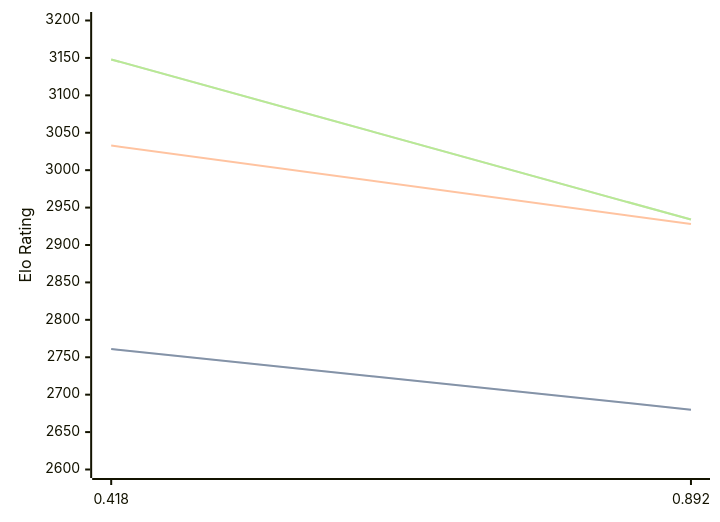
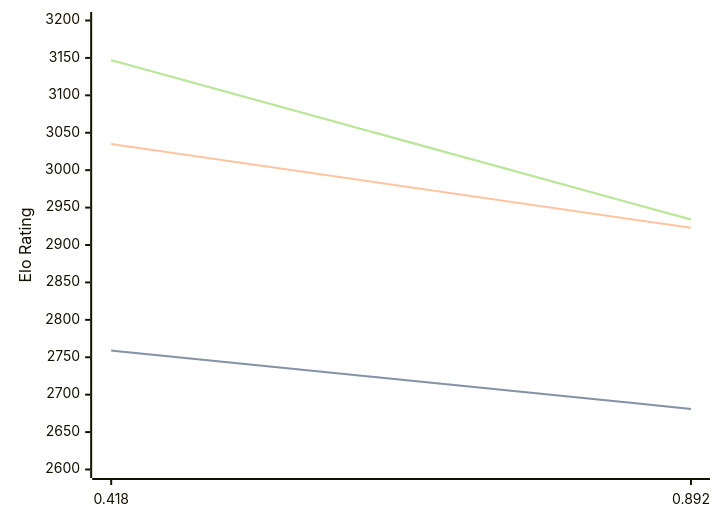
The diagram in engines/Malika.md (computer-chess-index/cci), drawn with Mermaid before and after one commit. The commit also changed other lines of this file, not shown here.

Commit message:
Update CCI Ratings (ELO VLTC) - 2026-02-28

````diff
--- a/engines/Malika.md
+++ b/engines/Malika.md
@@ -30,11 +30,11 @@
 ```mermaid
 %%{init: {"theme":"base","themeVariables":{"seriesColors:['#a3a3a3','#222221','#faa371']}}}%%
 xychart-beta
   x-axis ["0.418", "0.892"]
   y-axis "Elo Rating" 2600 --> 3200
-  line "STC (8.0+0.08s)" [2761, 2680]
-  line "STC (8.0+0.08s)" [2761, 2680]
-  line "LTC (60.0+0.60s)" [3033, 2928]
-  line "VLTC (2m24s+1.12s)" [3148, 2934]
-  line "VLTC (2m24s+1.12s)" [3148, 2934]
+  line "STC (8.0+0.08s)" [2759, 2681]
+  line "STC (8.0+0.08s)" [2759, 2681]
+  line "LTC (60.0+0.60s)" [3035, 2923]
+  line "VLTC (2m24s+1.12s)" [3147, 2934]
+  line "VLTC (2m24s+1.12s)" [3147, 2934]
 ```
````
